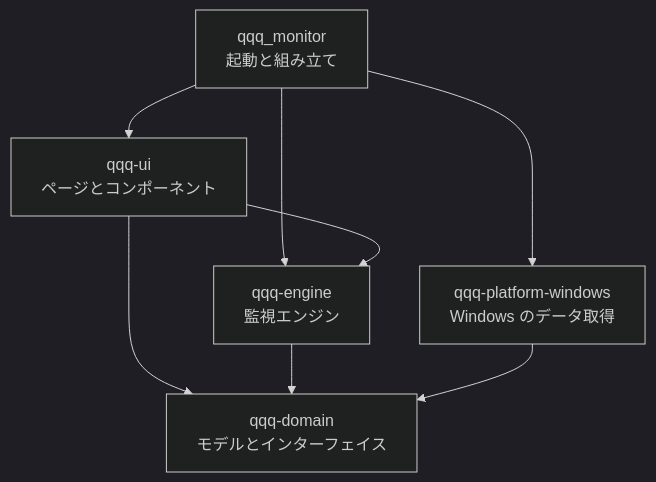
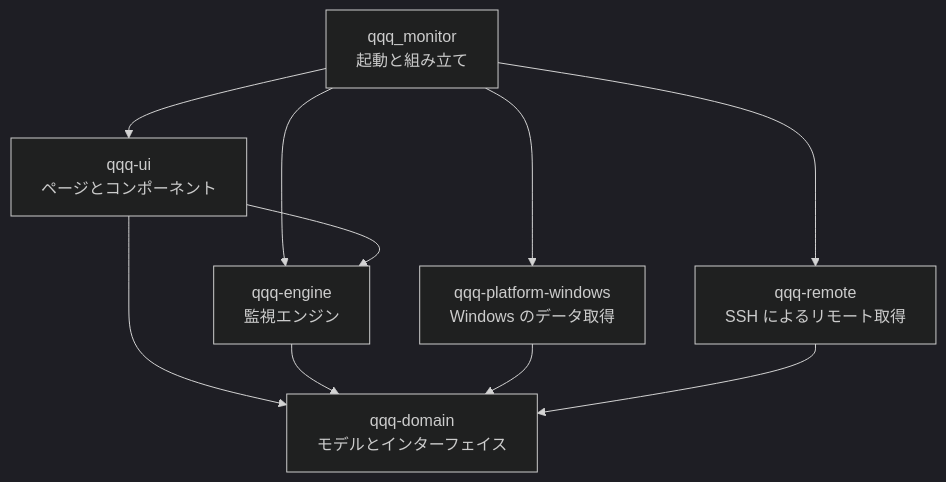
The first of 2 diagrams in README.ja.md (lengyc-Code/qqq_monitor), drawn with Mermaid (dark theme) before and after one commit. The commit also changed other lines of this file and 43 other files, not shown here.

````diff
--- a/README.ja.md
+++ b/README.ja.md
@@ -165,10 +178,12 @@
 ```mermaid
 flowchart TD
     BOOT[qqq_monitor<br>起動と組み立て] --> UI[qqq-ui<br>ページとコンポーネント]
     BOOT --> ENGINE[qqq-engine<br>監視エンジン]
     BOOT --> WIN[qqq-platform-windows<br>Windows のデータ取得]
+    BOOT --> REMOTE[qqq-remote<br>SSH によるリモート取得]
     UI --> ENGINE
     UI --> DOMAIN[qqq-domain<br>モデルとインターフェイス]
     ENGINE --> DOMAIN
     WIN --> DOMAIN
+    REMOTE --> DOMAIN
 ```
````
